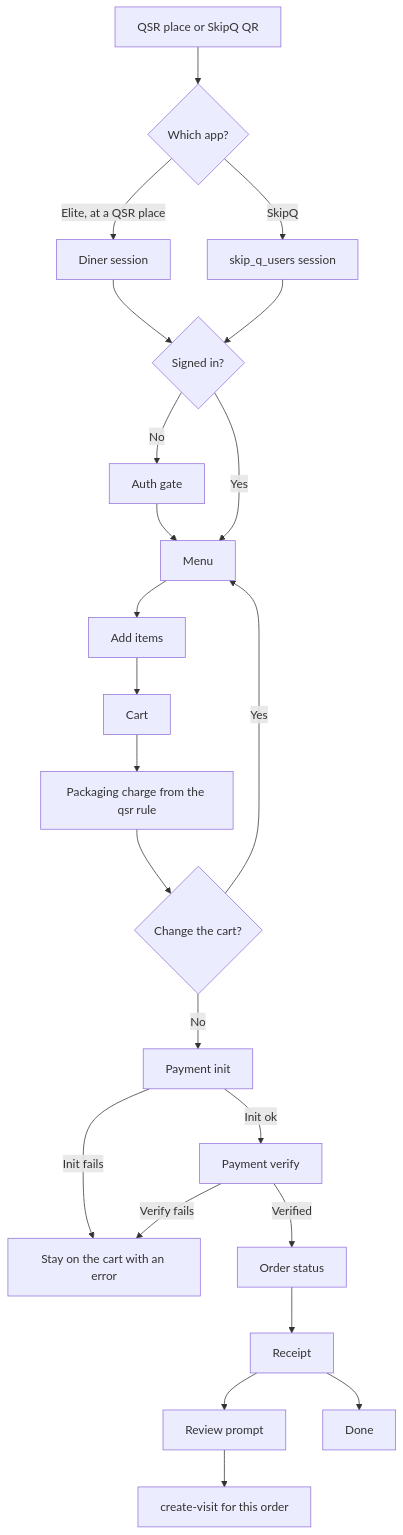
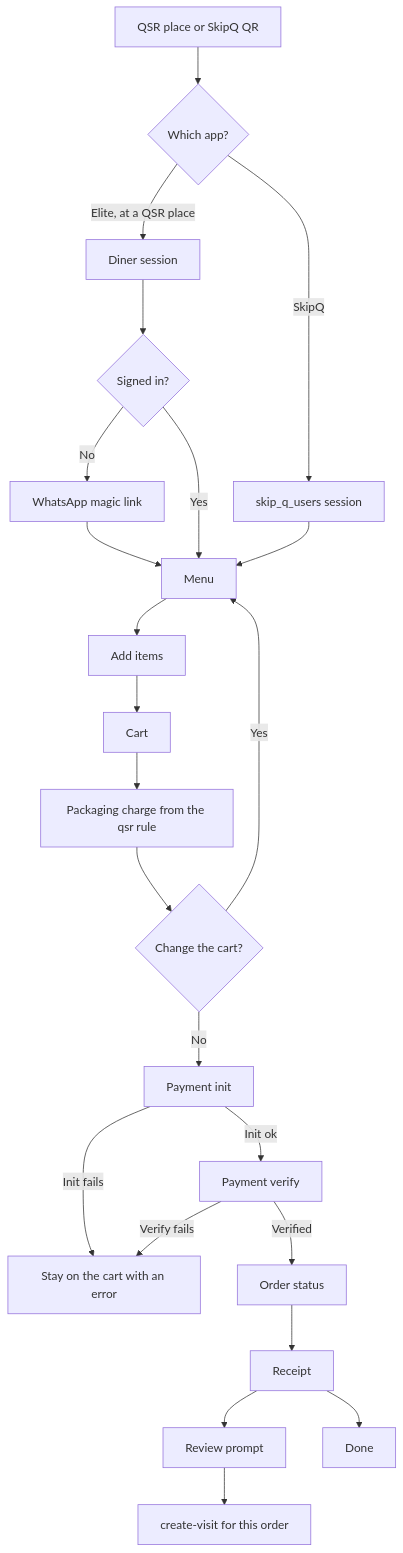
Before and after one commit to bawra11/elite-product: the diagram in product/detail-flows/12-qsr-pay.md, drawn with Mermaid. The commit also changed other lines of this file and 15 other files, not shown here.

````diff
--- a/product/detail-flows/12-qsr-pay.md
+++ b/product/detail-flows/12-qsr-pay.md
@@ -7,26 +9,26 @@
 ```mermaid
 flowchart TD
   entry["QSR place or SkipQ QR"] --> app{Which app?}
   app -->|Elite, at a QSR place| diner["Diner session"]
   app -->|SkipQ| skip["skip_q_users session"]
   diner --> gate{Signed in?}
-  skip --> gate
-  gate -->|No| auth["Auth gate"]
+  gate -->|No| auth["WhatsApp magic link"]
   auth --> menu
   gate -->|Yes| menu["Menu"]
+  skip --> menu
 
   menu --> add["Add items"]
   add --> cart["Cart"]
   cart --> pack["Packaging charge from the qsr rule"]
   pack --> edit{Change the cart?}
   edit -->|Yes| menu
   edit -->|No| init["Payment init"]
   init -->|Init fails| cartErr["Stay on the cart with an error"]
   init -->|Init ok| verify["Payment verify"]
   verify -->|Verify fails| cartErr
   verify -->|Verified| status["Order status"]
   status --> receipt["Receipt"]
   receipt --> review["Review prompt"]
   receipt --> done["Done"]
   review --> visit["create-visit for this order"]
 ```
````
